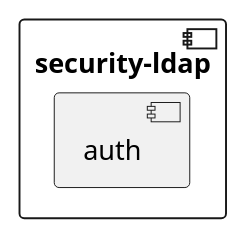
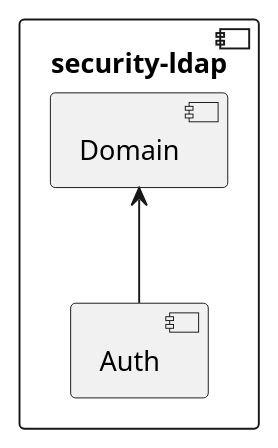
One commit to tailoringexpert/platform changed the diagram in src/site/arc42/plantuml/security-ldap/Ebene2.plantuml. Above: the diagram before and after it, drawn with PlantUML. The commit also changed 23 other files, not shown here.

```diff
--- a/src/site/arc42/plantuml/security-ldap/Ebene2.plantuml
+++ b/src/site/arc42/plantuml/security-ldap/Ebene2.plantuml
@@ -1,18 +1,14 @@
 @startuml Ebene2.png
-hide empty members
-allow_mixing
+skinparam componentStyle uml2
 
-'skinparam componentStyle uml2
-'skinparam component {
-'  BorderColor #grey
-'  BackgroundColor #white
-'}
-'
 component security-ldap {
 
-    component auth
+    [Domain]
+
+    [Auth]
+    [Domain] <-- [Auth]
 
 }
 
 
 @enduml
```
